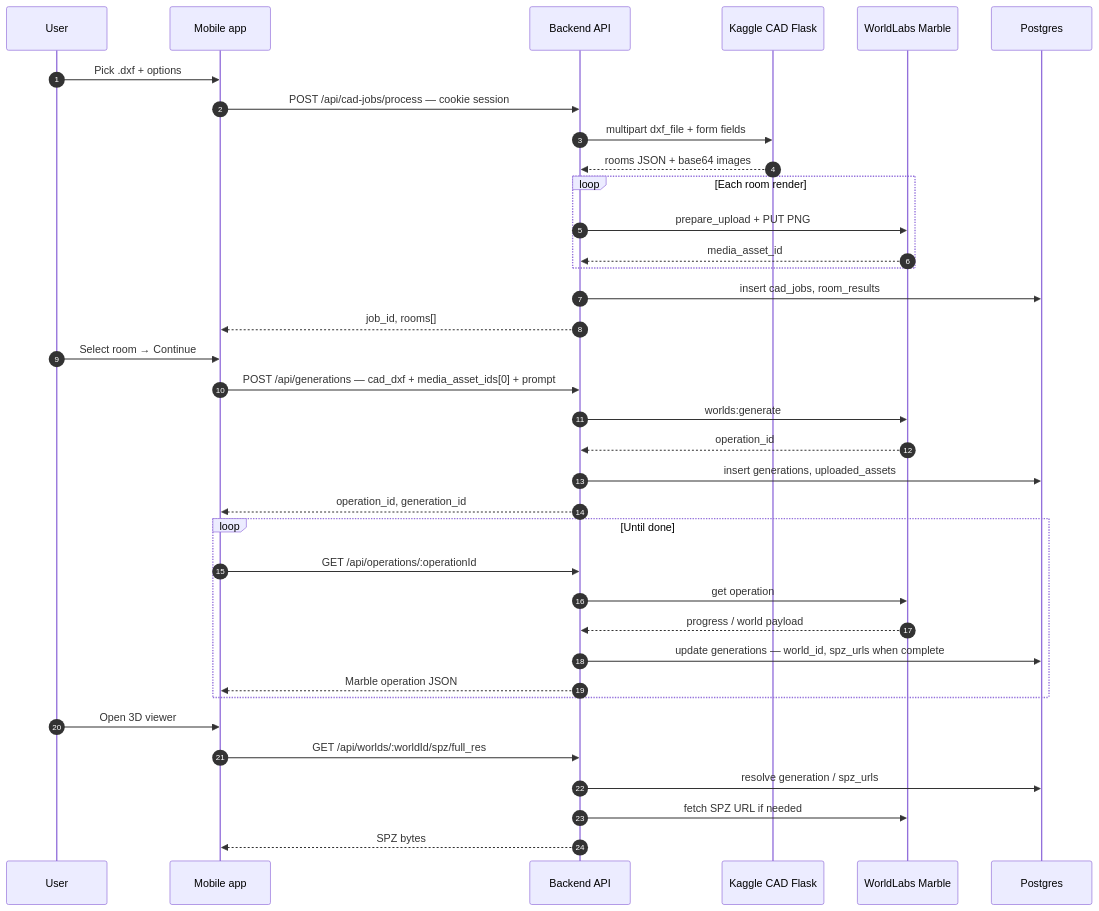
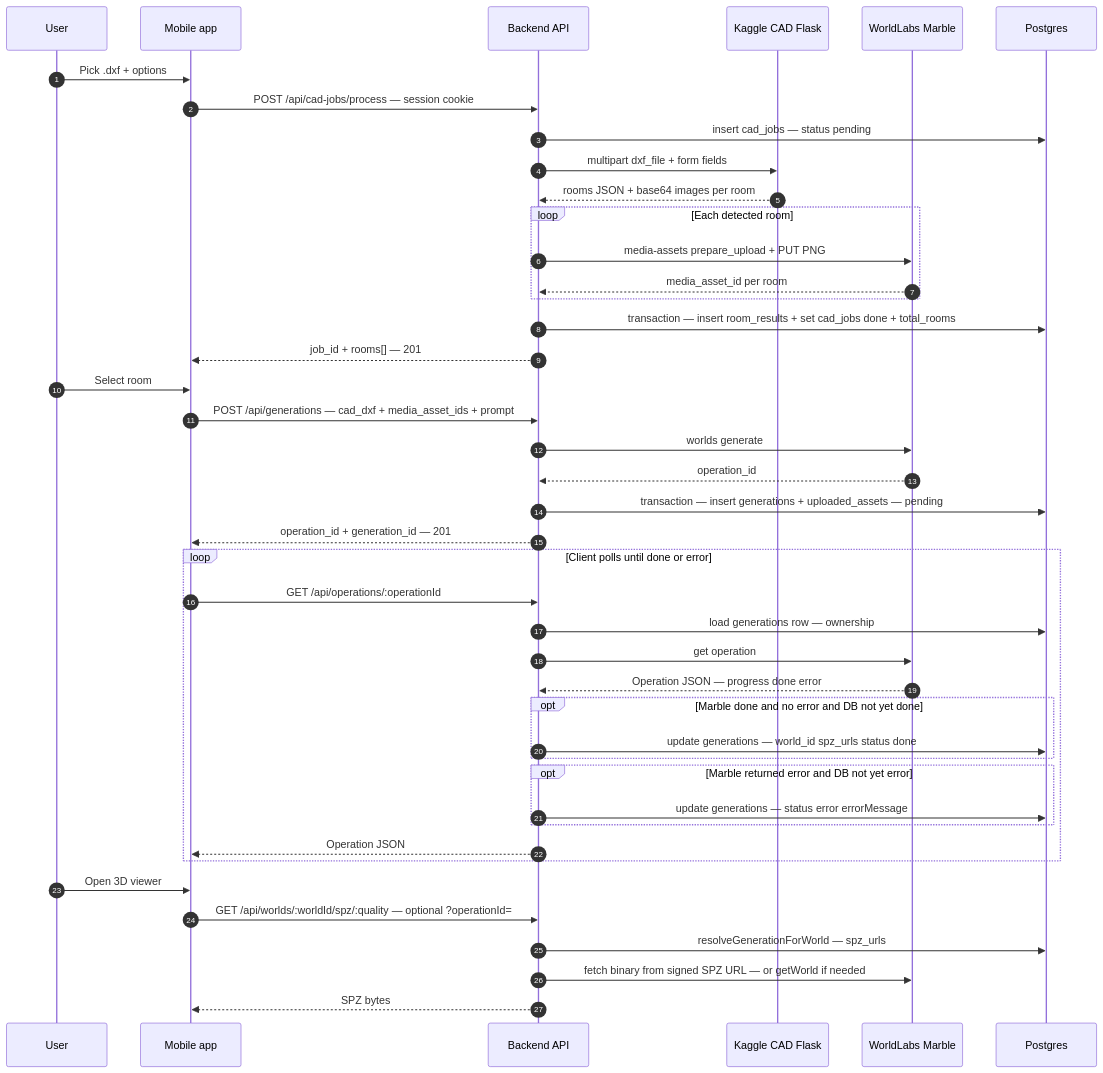
One commit to OmarMegahed1/DecoSmart changed the ninth of 16 diagrams in README.md. Above: the diagram before and after it, drawn with Mermaid. The commit also changed other lines of this file, not shown here.

Commit message:
docs: fix CAD sequence diagram DB ordering and poll sync

````diff
--- a/README.md
+++ b/README.md
@@ -620,42 +622,49 @@
 ```mermaid
 sequenceDiagram
   autonumber
   participant U as User
   participant App as Mobile app
   participant API as Backend API
   participant KG as Kaggle CAD Flask
   participant WL as WorldLabs Marble
   participant DB as Postgres
 
   U->>App: Pick .dxf + options
-  App->>API: POST /api/cad-jobs/process — cookie session
+  App->>API: POST /api/cad-jobs/process — session cookie
+  API->>DB: insert cad_jobs — status pending
   API->>KG: multipart dxf_file + form fields
-  KG-->>API: rooms JSON + base64 images
-  loop Each room render
-    API->>WL: prepare_upload + PUT PNG
-    WL-->>API: media_asset_id
+  KG-->>API: rooms JSON + base64 images per room
+  loop Each detected room
+    API->>WL: media-assets prepare_upload + PUT PNG
+    WL-->>API: media_asset_id per room
   end
-  API->>DB: insert cad_jobs, room_results
-  API-->>App: job_id, rooms[]
+  API->>DB: transaction — insert room_results + set cad_jobs done + total_rooms
+  API-->>App: job_id + rooms[] — 201
 
-  U->>App: Select room → Continue
-  App->>API: POST /api/generations — cad_dxf + media_asset_ids[0] + prompt
-  API->>WL: worlds:generate
+  U->>App: Select room
+  App->>API: POST /api/generations — cad_dxf + media_asset_ids + prompt
+  API->>WL: worlds generate
   WL-->>API: operation_id
-  API->>DB: insert generations, uploaded_assets
-  API-->>App: operation_id, generation_id
+  API->>DB: transaction — insert generations + uploaded_assets — pending
+  API-->>App: operation_id + generation_id — 201
 
-  loop Until done
+  loop Client polls until done or error
     App->>API: GET /api/operations/:operationId
+    API->>DB: load generations row — ownership
     API->>WL: get operation
-    WL-->>API: progress / world payload
-    API->>DB: update generations — world_id, spz_urls when complete
-    API-->>App: Marble operation JSON
+    WL-->>API: Operation JSON — progress done error
+    opt Marble done and no error and DB not yet done
+      API->>DB: update generations — world_id spz_urls status done
+    end
+    opt Marble returned error and DB not yet error
+      API->>DB: update generations — status error errorMessage
+    end
+    API-->>App: Operation JSON
   end
 
   U->>App: Open 3D viewer
-  App->>API: GET /api/worlds/:worldId/spz/full_res
-  API->>DB: resolve generation / spz_urls
-  API->>WL: fetch SPZ URL if needed
+  App->>API: GET /api/worlds/:worldId/spz/:quality — optional ?operationId=
+  API->>DB: resolveGenerationForWorld — spz_urls
+  API->>WL: fetch binary from signed SPZ URL — or getWorld if needed
   API-->>App: SPZ bytes
 ```
````
